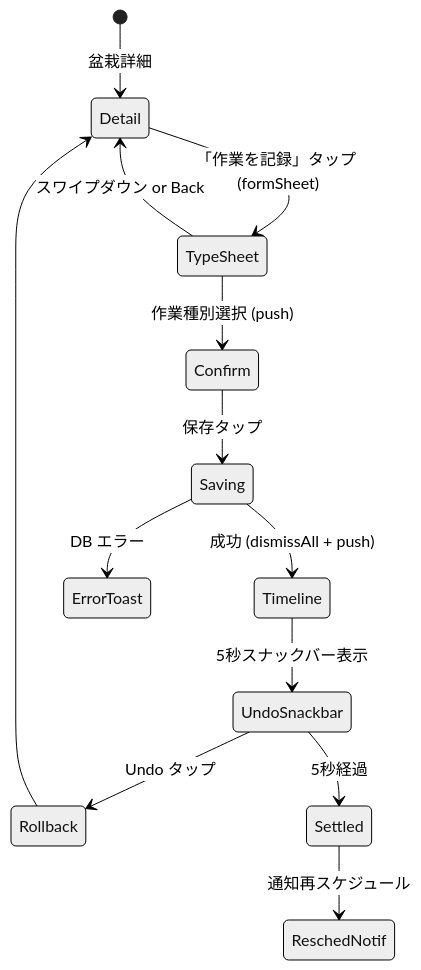
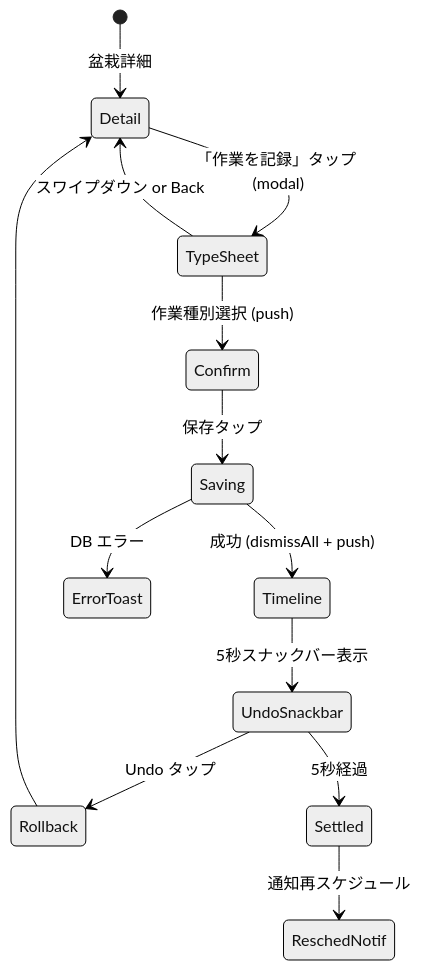
One commit to doooooraku/BonsaiLog changed the second of 18 diagrams in docs/reference/functional_spec.md. Above: the diagram before and after it, drawn with Mermaid (neutral theme). The commit also changed other lines of this file and 1 other file, not shown here.

First line of the commit message:
chore(data-hygiene): skip-list 重複解消 + functional_spec.md formSheet drift 修正

````diff
--- a/docs/reference/functional_spec.md
+++ b/docs/reference/functional_spec.md
@@ -443,15 +443,15 @@
 ```mermaid
 stateDiagram-v2
   [*] --> Detail: 盆栽詳細
-  Detail --> TypeSheet: 「作業を記録」タップ (formSheet)
+  Detail --> TypeSheet: 「作業を記録」タップ (modal)
   TypeSheet --> Detail: スワイプダウン or Back
   TypeSheet --> Confirm: 作業種別選択 (push)
   Confirm --> Saving: 保存タップ
   Saving --> Timeline: 成功 (dismissAll + push)
   Saving --> ErrorToast: DB エラー
   Timeline --> UndoSnackbar: 5秒スナックバー表示
   UndoSnackbar --> Rollback: Undo タップ
   UndoSnackbar --> Settled: 5秒経過
   Settled --> ReschedNotif: 通知再スケジュール
   Rollback --> Detail
 ```
````
